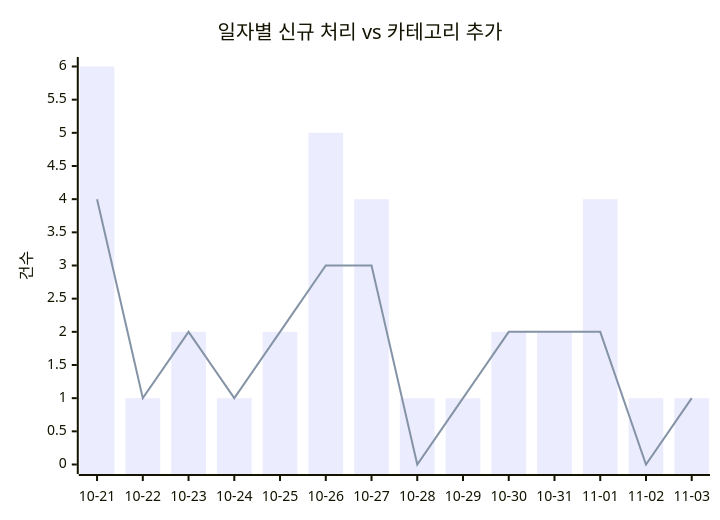
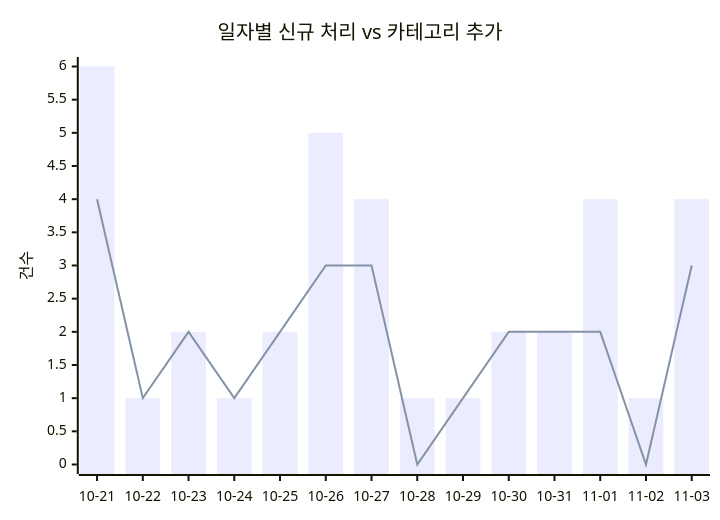
Before and after one commit to J-nowcow/awesome-korean-agent-skills: the first of 2 diagrams in docs/trends.md, drawn with Mermaid. The commit also changed other lines of this file and 4 other files, not shown here.

````diff
--- a/docs/trends.md
+++ b/docs/trends.md
@@ -32,8 +32,8 @@
 ```mermaid
 xychart-beta
     title "일자별 신규 처리 vs 카테고리 추가"
     x-axis ["10-21","10-22","10-23","10-24","10-25","10-26","10-27","10-28","10-29","10-30","10-31","11-01","11-02","11-03"]
     y-axis "건수"
-    bar [6,1,2,1,2,5,4,1,1,2,2,4,1,1]
-    line [4,1,2,1,2,3,3,0,1,2,2,2,0,1]
+    bar [6,1,2,1,2,5,4,1,1,2,2,4,1,4]
+    line [4,1,2,1,2,3,3,0,1,2,2,2,0,3]
 ```
````
